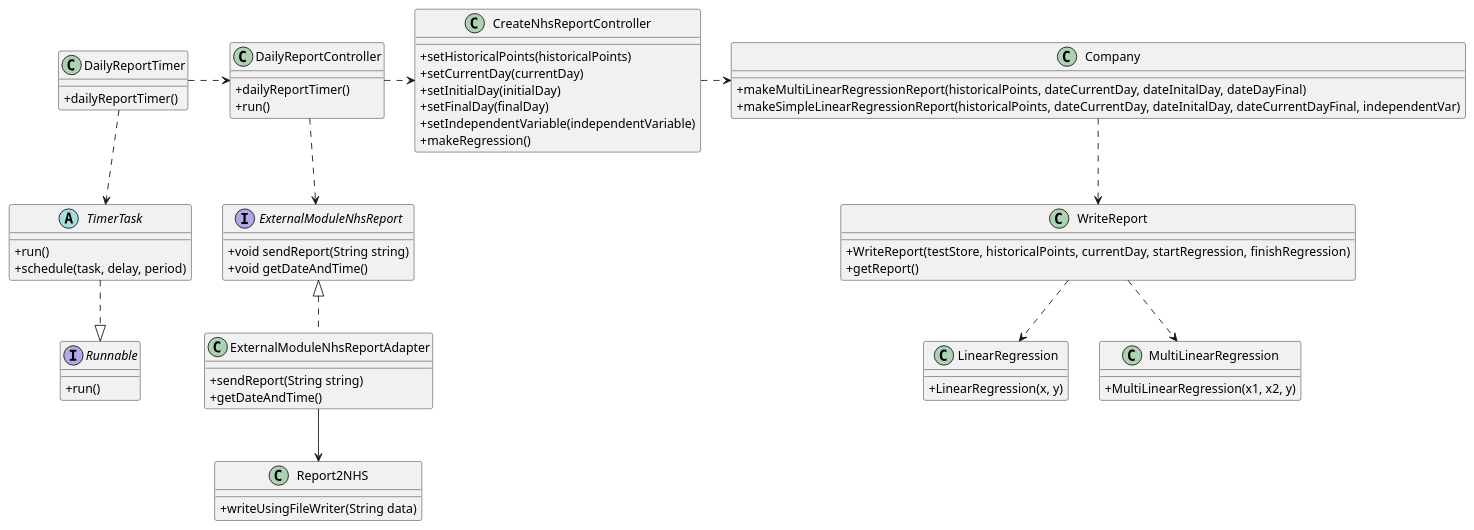
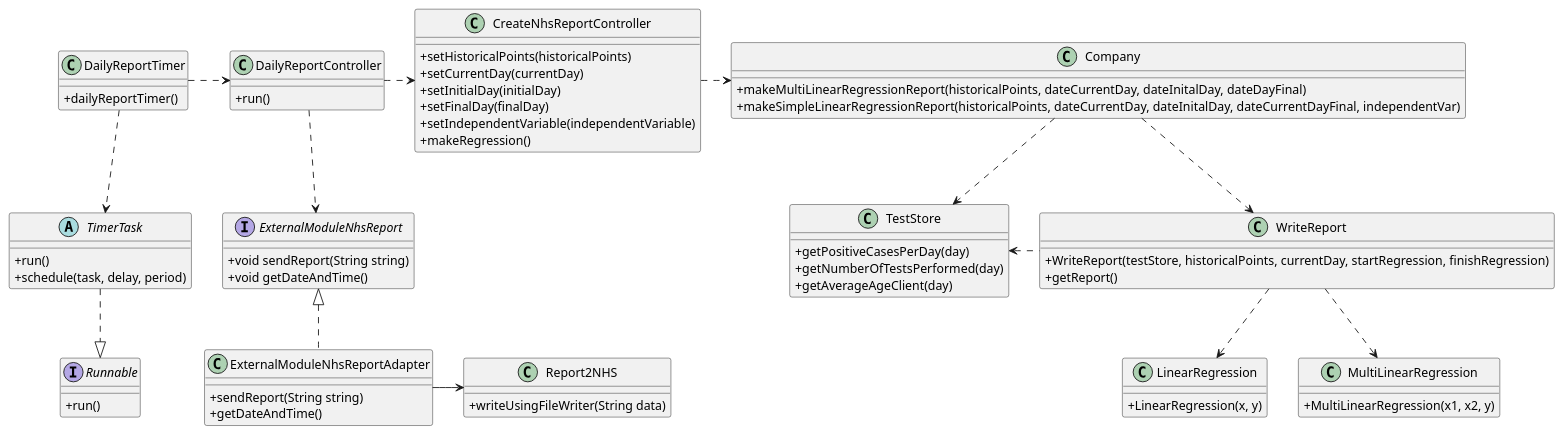
One commit to MadDinosaur/ISEP-LAPR2 changed the diagram in docs/SprintD/US19/US19_CD.puml. Above: the diagram before and after it, drawn with PlantUML. The commit also changed 2 other files, not shown here.

```diff
--- a/docs/SprintD/US19/US19_CD.puml
+++ b/docs/SprintD/US19/US19_CD.puml
@@ -1,76 +1,85 @@
 @startuml
 
 skinparam classAttributeIconSize 0
 
 class DailyReportController {
-+dailyReportTimer()
 +run()
 }
 
 class CreateNhsReportController {
 +setHistoricalPoints(historicalPoints)
 +setCurrentDay(currentDay)
 +setInitialDay(initialDay)
 +setFinalDay(finalDay)
 +setIndependentVariable(independentVariable)
 +makeRegression()
 }
 
 interface Runnable {
 +run()
 }
 
 abstract TimerTask {
 +run()
 +schedule(task, delay, period)
 }
 
 class DailyReportTimer {
 +dailyReportTimer()
 }
 
 class LinearRegression {
 +LinearRegression(x, y)
 }
 
 class MultiLinearRegression {
 +MultiLinearRegression(x1, x2, y)
 }
 
 class Company {
 +makeMultiLinearRegressionReport(historicalPoints, dateCurrentDay, dateInitalDay, dateDayFinal)
 +makeSimpleLinearRegressionReport(historicalPoints, dateCurrentDay, dateInitalDay, dateCurrentDayFinal, independentVar)
 }
 
+class TestStore{
++getPositiveCasesPerDay(day)
++getNumberOfTestsPerformed(day)
++getAverageAgeClient(day)
+}
+
 class WriteReport {
 +WriteReport(testStore, historicalPoints, currentDay, startRegression, finishRegression)
 +getReport()
 }
 
 interface ExternalModuleNhsReport {
 +void sendReport(String string)
 +void getDateAndTime()
 }
 
 class ExternalModuleNhsReportAdapter {
 +sendReport(String string)
 +getDateAndTime()
 }
 
 class Report2NHS {
 +writeUsingFileWriter(String data)
 }
 
+
+
 DailyReportController ..> ExternalModuleNhsReport
 TimerTask ..|> Runnable
 DailyReportTimer ..> TimerTask
 DailyReportTimer .> DailyReportController
 DailyReportController .> CreateNhsReportController
 CreateNhsReportController .> Company
+Company ..> TestStore
 Company ..> WriteReport
+TestStore <. WriteReport
 ExternalModuleNhsReport <|.. ExternalModuleNhsReportAdapter
-ExternalModuleNhsReportAdapter --> Report2NHS
+ExternalModuleNhsReportAdapter -> Report2NHS
 WriteReport ..> LinearRegression
 WriteReport ..> MultiLinearRegression
 
 @enduml
```
